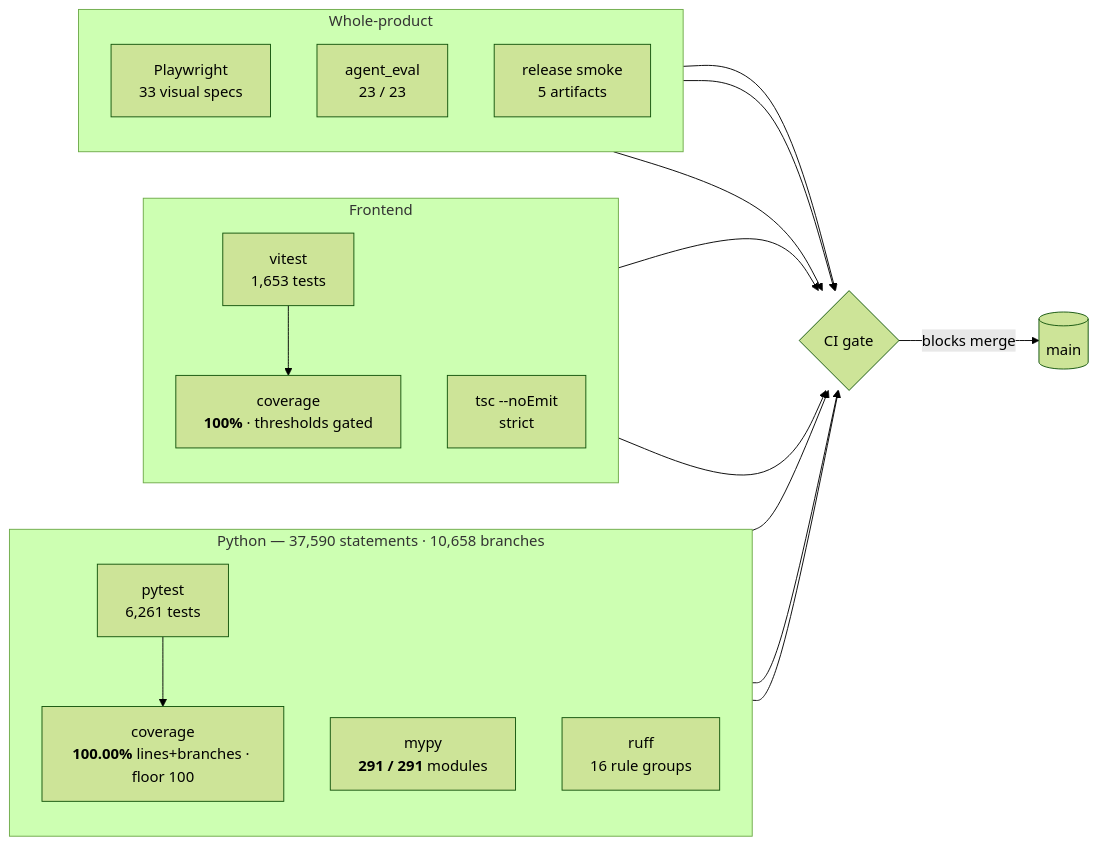
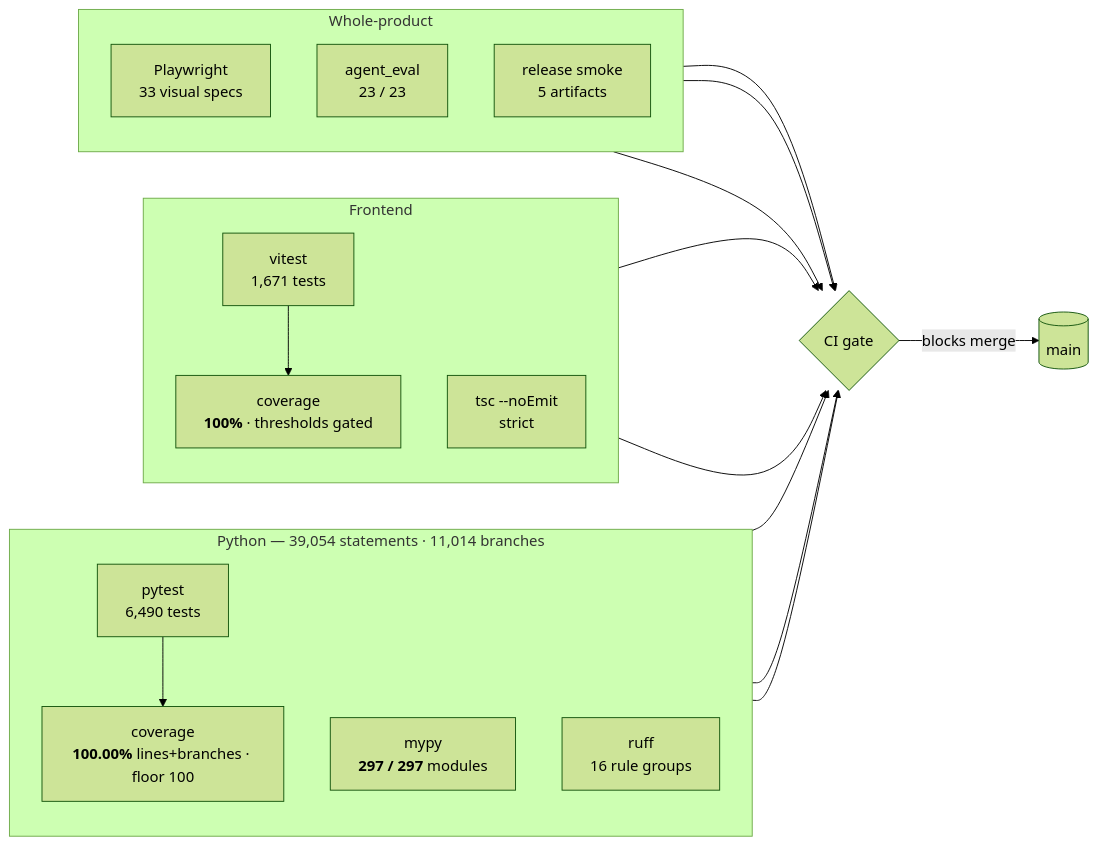
The fourth of 4 diagrams in ARCHITECTURE.md (TaeSooPark-PTS/LatticeAI), drawn with Mermaid (forest theme) before and after one commit. The commit also changed other lines of this file and 236 other files, not shown here.

````diff
--- a/ARCHITECTURE.md
+++ b/ARCHITECTURE.md
@@ -623,38 +658,38 @@
 ```mermaid
 flowchart LR
-  subgraph py["Python — 37,590 statements · 10,658 branches"]
+  subgraph py["Python — 39,054 statements · 11,014 branches"]
     direction TB
-    pyt["pytest<br/>6,261 tests"]
+    pyt["pytest<br/>6,490 tests"]
     pycov["coverage<br/><b>100.00%</b> lines+branches · floor 100"]
-    pymypy["mypy<br/><b>291 / 291</b> modules"]
+    pymypy["mypy<br/><b>297 / 297</b> modules"]
     pyruff["ruff<br/>16 rule groups"]
     pyt --> pycov
   end
 
   subgraph fe["Frontend"]
     direction TB
-    fet["vitest<br/>1,653 tests"]
+    fet["vitest<br/>1,671 tests"]
     fecov["coverage<br/><b>100%</b> · thresholds gated"]
     fets["tsc --noEmit<br/>strict"]
     fet --> fecov
   end
 
   subgraph e2e["Whole-product"]
     direction TB
     play["Playwright<br/>33 visual specs"]
     eval["agent_eval<br/>23 / 23"]
     smoke["release smoke<br/>5 artifacts"]
   end
 
   gate{"CI gate"}
   pycov --> gate
   pymypy --> gate
   pyruff --> gate
   fets --> gate
   fecov --> gate
   play --> gate
   eval --> gate
   smoke --> gate
 
   gate -- "blocks merge" --> main[("main")]
 ```
````
